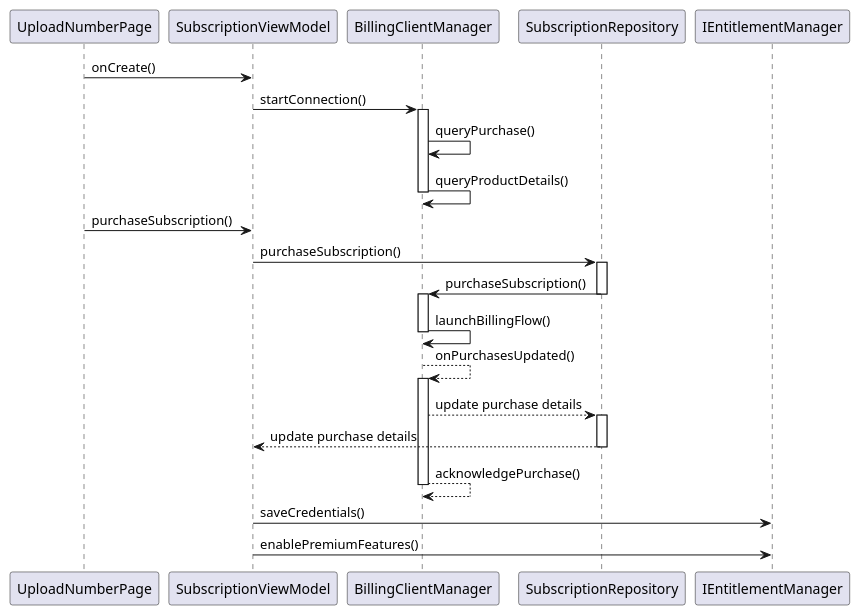
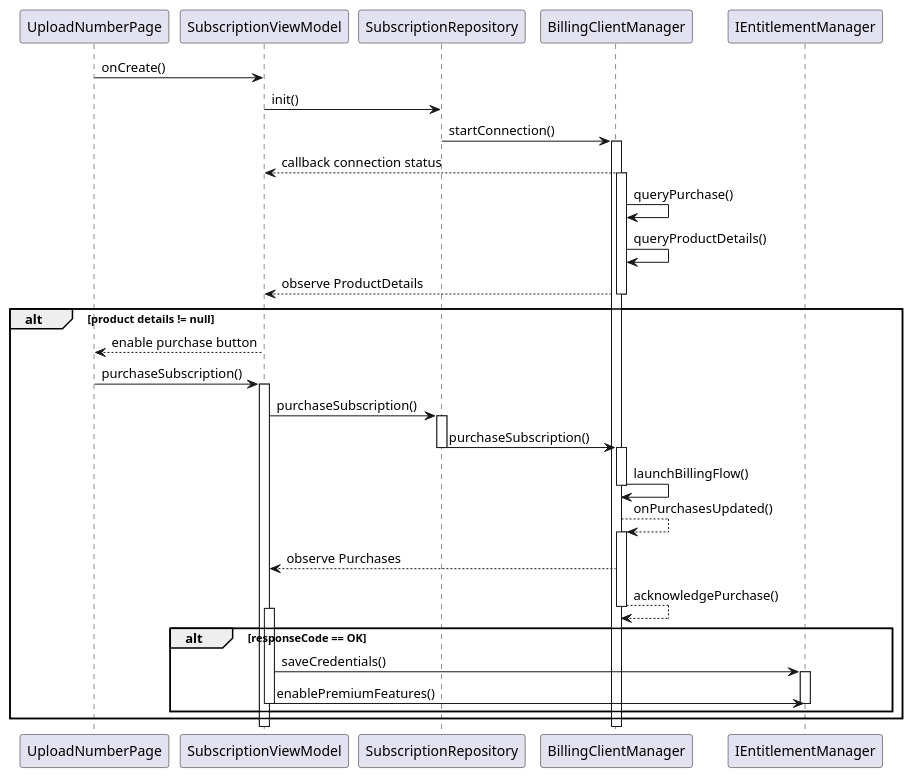
The diagram in app/src/main/java/com/pollyanna/pollycall/plantUML/PurchaseSequence.puml (pollyannagogolook/PollyCall), drawn with PlantUML before and after one commit. The commit also changed 1 other file, not shown here.

Commit message:
Feat: Update sequence plantUML

```diff
--- a/app/src/main/java/com/pollyanna/pollycall/plantUML/PurchaseSequence.puml
+++ b/app/src/main/java/com/pollyanna/pollycall/plantUML/PurchaseSequence.puml
@@ -1,35 +1,56 @@
 @startuml
 'https://plantuml.com/sequence-diagram
 UploadNumberPage -> SubscriptionViewModel: onCreate()
 
-SubscriptionViewModel -> BillingClientManager: startConnection()
+'initiate billing client connection
+SubscriptionViewModel ->  SubscriptionRepository: init()
+SubscriptionRepository -> BillingClientManager: startConnection()
+
+activate BillingClientManager
+BillingClientManager --> SubscriptionViewModel: callback connection status
+
+
+'query purchase and product details
 activate BillingClientManager
 BillingClientManager -> BillingClientManager: queryPurchase()
+
 BillingClientManager -> BillingClientManager: queryProductDetails()
+
+BillingClientManager --> SubscriptionViewModel: observe ProductDetails
 deactivate BillingClientManager
 
 
-UploadNumberPage -> SubscriptionViewModel: purchaseSubscription()
 
+' user can purchase subscription only if product details is not null and connection is established
+alt product details != null
+    SubscriptionViewModel --> UploadNumberPage: enable purchase button
+    UploadNumberPage -> SubscriptionViewModel: purchaseSubscription()
+
+
+activate SubscriptionViewModel
 SubscriptionViewModel -> SubscriptionRepository: purchaseSubscription()
 activate SubscriptionRepository
 SubscriptionRepository -> BillingClientManager: purchaseSubscription()
 deactivate SubscriptionRepository
 activate BillingClientManager
 BillingClientManager -> BillingClientManager: launchBillingFlow()
 deactivate BillingClientManager
 
 BillingClientManager --> BillingClientManager: onPurchasesUpdated()
 activate BillingClientManager
-BillingClientManager --> SubscriptionRepository: update purchase details
-
-activate SubscriptionRepository
-SubscriptionRepository --> SubscriptionViewModel: update purchase details
+BillingClientManager -->  SubscriptionViewModel: observe Purchases
 deactivate SubscriptionRepository
 BillingClientManager --> BillingClientManager: acknowledgePurchase()
 deactivate BillingClientManager
-SubscriptionViewModel -> IEntitlementManager: saveCredentials()
-SubscriptionViewModel -> IEntitlementManager: enablePremiumFeatures()
 
+alt responseCode == OK
+    activate SubscriptionViewModel
+    SubscriptionViewModel -> IEntitlementManager: saveCredentials()
+    activate IEntitlementManager
+    SubscriptionViewModel -> IEntitlementManager: enablePremiumFeatures()
+    deactivate IEntitlementManager
+    deactivate SubscriptionViewModel
+end
+end
 
 @enduml
```
